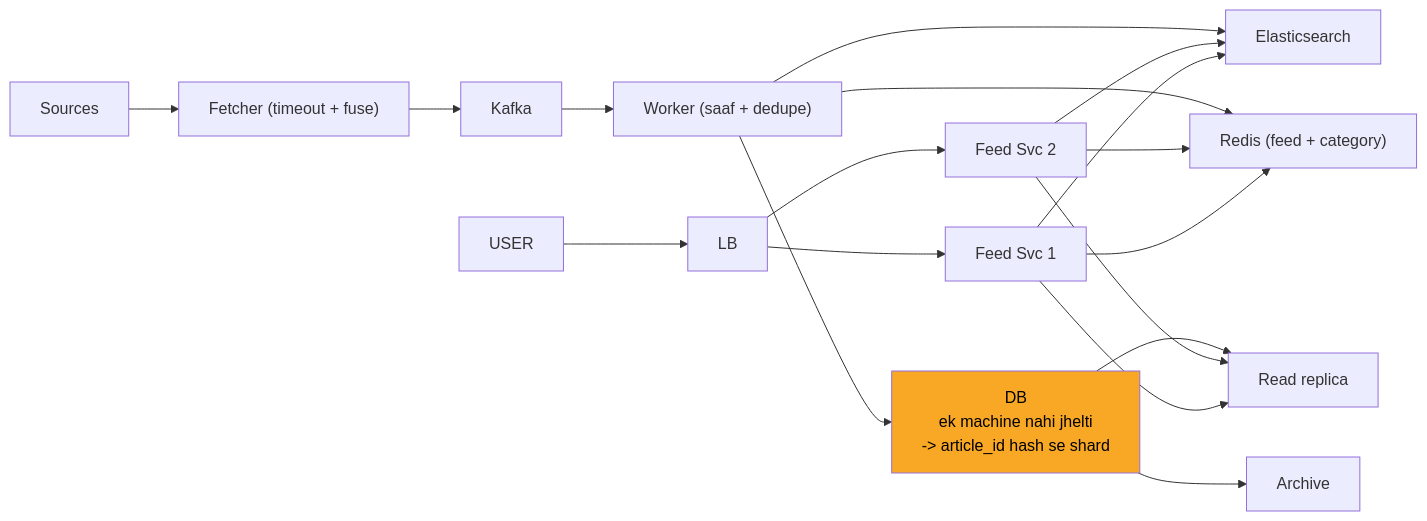
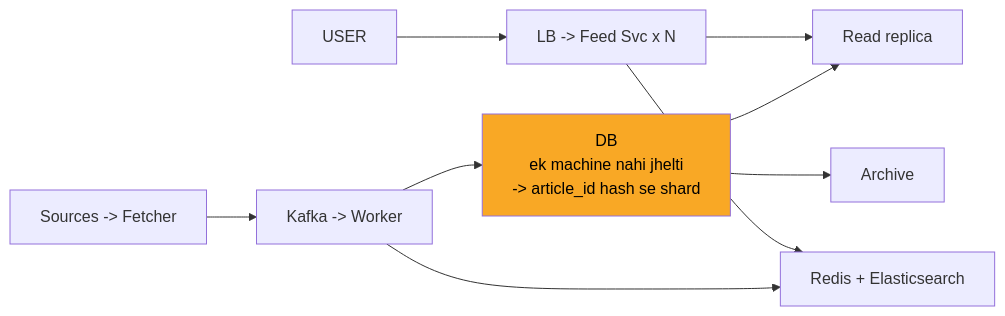
One commit to ArpanMaheshwari144/Prep changed the tenth of 11 diagrams in 04_HLD/SYSTEM_DESIGNS/08_news_aggregator/08_news_aggregator_INTERVIEW.md. Above: the diagram before and after it, drawn with Mermaid. The commit also changed other lines of this file and 11 other files, not shown here.

Commit message:
hld: card diagrams max 8 boxes (App x N, merged stores/chains; full diagram only in AAKHRI DABBA)

````diff
--- a/04_HLD/SYSTEM_DESIGNS/08_news_aggregator/08_news_aggregator_INTERVIEW.md
+++ b/04_HLD/SYSTEM_DESIGNS/08_news_aggregator/08_news_aggregator_INTERVIEW.md
@@ -415,34 +359,20 @@
 ```mermaid
 flowchart LR
     n_USER["USER"]
-    n_LB["LB"]
-    n_Feed_Svc_x_N_1["Feed Svc 1"]
-    n_Feed_Svc_x_N_2["Feed Svc 2"]
-    n_Elasticsearch["Elasticsearch"]
-    n_Redis["Redis (feed + category)"]
+    n_LF["LB -> Feed Svc x N"]
+    n_RES["Redis + Elasticsearch"]
     n_Read_replica["Read replica"]
     n_DB["DB<br/>ek machine nahi jhelti<br/>-> article_id hash se shard"]
     n_Archive["Archive"]
-    n_Worker["Worker (saaf + dedupe)"]
-    n_Kafka["Kafka"]
-    n_Fetcher["Fetcher (timeout + fuse)"]
-    n_Sources["Sources"]
-    n_USER --> n_LB
-    n_LB --> n_Feed_Svc_x_N_1
-    n_LB --> n_Feed_Svc_x_N_2
-    n_Feed_Svc_x_N_1 --> n_Elasticsearch
-    n_Feed_Svc_x_N_2 --> n_Elasticsearch
-    n_Feed_Svc_x_N_1 --> n_Redis
-    n_Feed_Svc_x_N_2 --> n_Redis
-    n_Feed_Svc_x_N_1 --> n_Read_replica
-    n_Feed_Svc_x_N_2 --> n_Read_replica
+    n_KW["Kafka -> Worker"]
+    n_SF["Sources -> Fetcher"]
+    n_USER --> n_LF
+    n_LF --> n_RES
+    n_LF --> n_Read_replica
     n_DB --> n_Read_replica
     n_DB --> n_Archive
-    n_Worker --> n_DB
-    n_Worker --> n_Redis
-    n_Worker --> n_Elasticsearch
-    n_Kafka --> n_Worker
-    n_Fetcher --> n_Kafka
-    n_Sources --> n_Fetcher
+    n_KW --> n_DB
+    n_KW --> n_RES
+    n_SF --> n_KW
     style n_DB fill:#f9a825,color:#000
 ```
````
